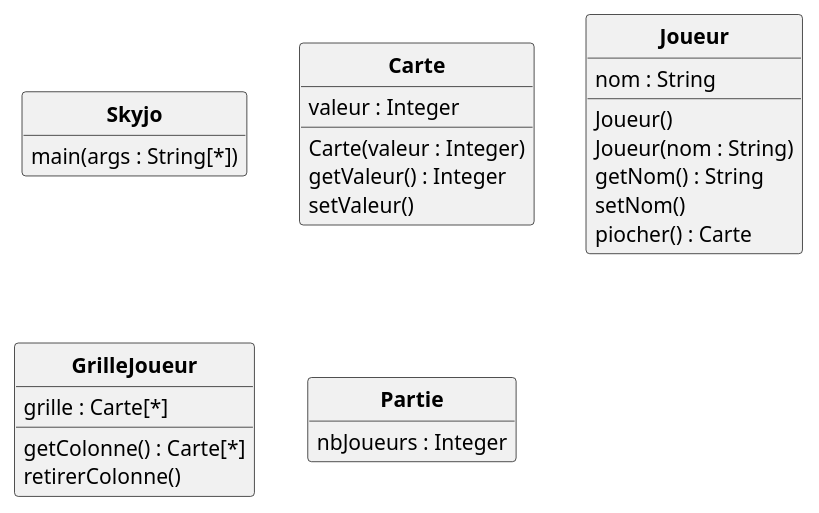
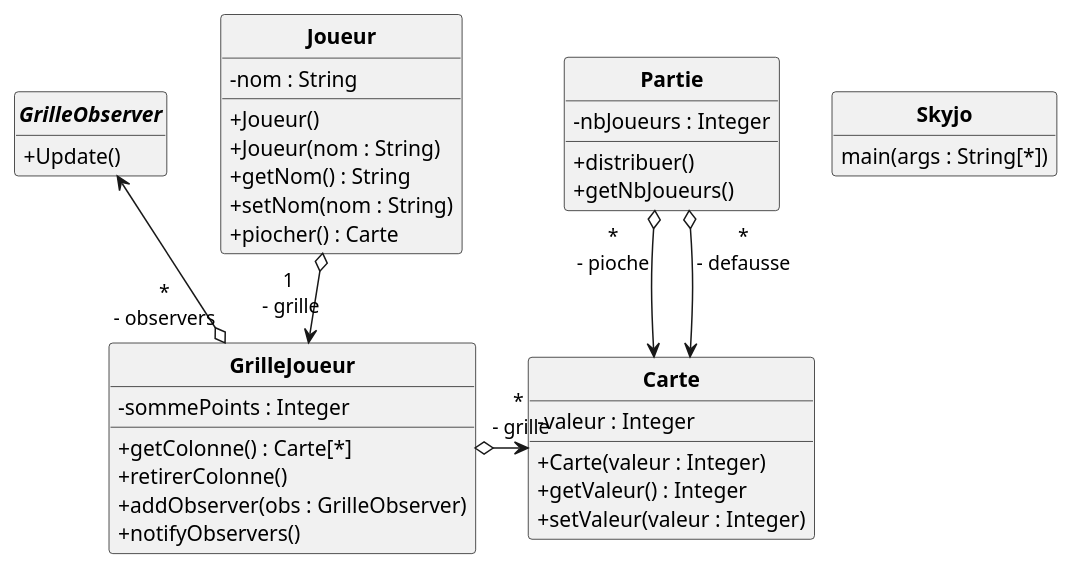
One commit to aymkoub/Skyjo changed the diagram in skyjo.puml. Above: the diagram before and after it, drawn with PlantUML.

Commit message:
Update de l'uml avec + de méthodes et de relations

```diff
--- a/skyjo.puml
+++ b/skyjo.puml
@@ -1,38 +1,52 @@
 @startuml Skyjo
 skinparam style strictuml
 skinparam classAttributeIconSize 0
 skinparam classFontStyle Bold
 hide empty members
 
 class Skyjo{
     main(args : String[*])
 }
 
 class Carte{
-    valeur : Integer
-    Carte(valeur : Integer)
-    getValeur() : Integer
-    setValeur()
+    - valeur : Integer
+    + Carte(valeur : Integer)
+    + getValeur() : Integer
+    + setValeur(valeur : Integer)
 
 }
 
 class Joueur{
-    nom : String
-    Joueur()
-    Joueur(nom : String)
-    getNom() : String
-    setNom()
-    piocher() : Carte
+    - nom : String
+    + Joueur()
+    + Joueur(nom : String)
+    + getNom() : String
+    + setNom(nom : String)
+    + piocher() : Carte
 }
 
 class GrilleJoueur{
-    grille : Carte[*]
-    getColonne() : Carte[*]
-    retirerColonne()
-}
-class Partie{
-    nbJoueurs : Integer
-    
+    - sommePoints : Integer
+    + getColonne() : Carte[*]
+    + retirerColonne()
+    + addObserver(obs : GrilleObserver)
+    + notifyObservers()
 }
 
+Joueur "1\n - grille" o--> GrilleJoueur
+
+interface GrilleObserver{
+    + Update()
+}
+GrilleJoueur "*\n- observers" o-u-> GrilleObserver
+class Partie{
+    - nbJoueurs : Integer
+    + distribuer()
+    + getNbJoueurs()
+}
+
+Partie "*\n- pioche" o--> Carte
+Partie "*\n- defausse" o--> Carte
+GrilleJoueur "*\n - grille" o-r-> Carte
+
 @enduml
```
